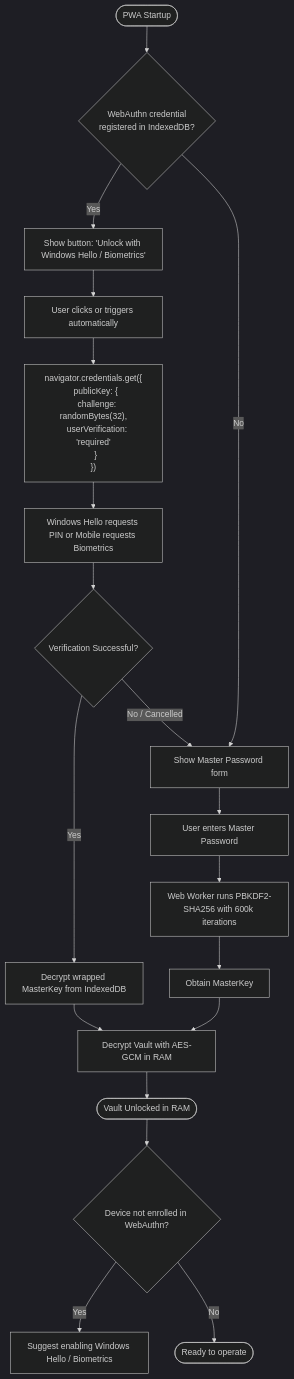
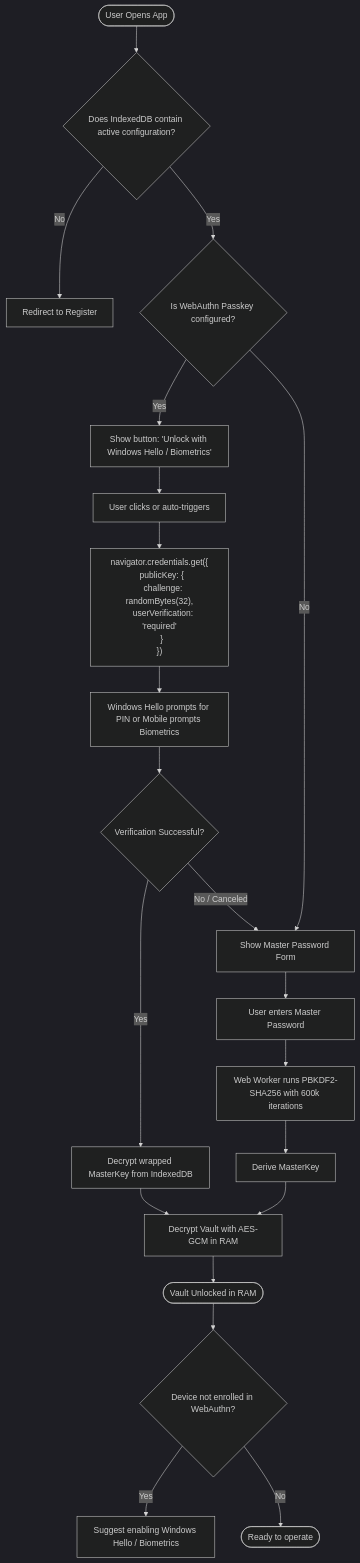
One commit to Revolt-Group/revolt-pass changed the second of 4 diagrams in docs/en/02-ARCHITECTURE.md. Above: the diagram before and after it, drawn with Mermaid (dark theme). The commit also changed other lines of this file and 12 other files, not shown here.

````diff
--- a/docs/en/02-ARCHITECTURE.md
+++ b/docs/en/02-ARCHITECTURE.md
@@ -125,27 +103,29 @@
 ```mermaid
 flowchart TD
-    Start([PWA Startup]) --> CheckCreds{WebAuthn credential\nregistered in IndexedDB?}
+    Start([User Opens App]) --> CheckStorage{Does IndexedDB contain active configuration?}
+    CheckStorage -- No --> GoRegister[Redirect to Register]
+    CheckStorage -- Yes --> CheckCreds{Is WebAuthn Passkey configured?}
     
-    %% Fast Flow (WebAuthn)
+    %% Hot Flow
     CheckCreds -- Yes --> PromptWebAuthn[Show button: 'Unlock with Windows Hello / Biometrics']
-    PromptWebAuthn --> ClickBio[User clicks or triggers automatically]
+    PromptWebAuthn --> ClickBio[User clicks or auto-triggers]
     ClickBio --> InvokeWebAuthn["navigator.credentials.get({\n  publicKey: {\n    challenge: randomBytes(32),\n    userVerification: 'required'\n  }\n})"]
-    InvokeWebAuthn --> WinHello[Windows Hello requests PIN or Mobile requests Biometrics]
+    InvokeWebAuthn --> WinHello[Windows Hello prompts for PIN or Mobile prompts Biometrics]
     WinHello --> BioSuccess{Verification Successful?}
     BioSuccess -- Yes --> UnwrapKey[Decrypt wrapped MasterKey from IndexedDB]
     UnwrapKey --> DecryptVault[Decrypt Vault with AES-GCM in RAM]
     DecryptVault --> EnterApp([Vault Unlocked in RAM])
-    BioSuccess -- No / Cancelled --> FallbackToPassword[Show Master Password form]
+    BioSuccess -- No / Canceled --> FallbackToPassword[Show Master Password Form]
     
     %% Cold Flow
     CheckCreds -- No --> FallbackToPassword
     FallbackToPassword --> InputPwd[User enters Master Password]
     InputPwd --> RunPBKDF2[Web Worker runs PBKDF2-SHA256 with 600k iterations]
-    RunPBKDF2 --> DeriveKey[Obtain MasterKey]
+    RunPBKDF2 --> DeriveKey[Derive MasterKey]
     DeriveKey --> DecryptVault
     
-    %% Offer enrollment
+    %% Offer Enrollment
     EnterApp --> CheckEnroll{Device not enrolled in WebAuthn?}
     CheckEnroll -- Yes --> PromptEnroll[Suggest enabling Windows Hello / Biometrics]
     CheckEnroll -- No --> Ready([Ready to operate])
 ```
````
